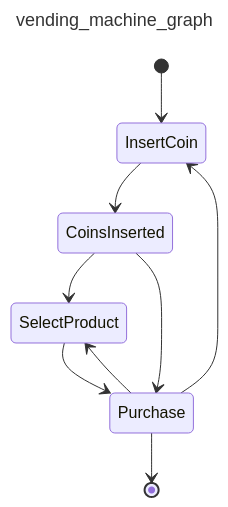
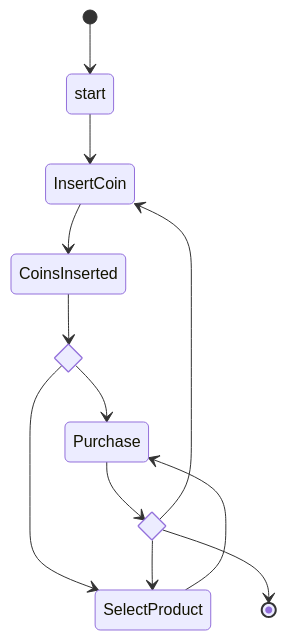
The second of 3 diagrams in ai_agent_frameworks/specialized_agent_frameworks/pydantic-ai/docs/graph.md (HIDORAKAI002/ai-workspace-archive), drawn with Mermaid before and after one commit. The commit also changed other lines of this file and 2257 other files, not shown here.

````diff
--- a/ai_agent_frameworks/specialized_agent_frameworks/pydantic-ai/docs/graph.md
+++ b/ai_agent_frameworks/specialized_agent_frameworks/pydantic-ai/docs/graph.md
@@ -319,14 +334,22 @@
 ```mermaid
----
-title: vending_machine_graph
----
 stateDiagram-v2
-  [*] --> InsertCoin
+  start
+  InsertCoin
+  CoinsInserted
+  state decision <<choice>>
+  Purchase
+  SelectProduct
+  state decision_2 <<choice>>
+
+  [*] --> start
+  start --> InsertCoin
   InsertCoin --> CoinsInserted
-  CoinsInserted --> SelectProduct
-  CoinsInserted --> Purchase
+  CoinsInserted --> decision
+  decision --> Purchase
+  decision --> SelectProduct
   SelectProduct --> Purchase
-  Purchase --> InsertCoin
-  Purchase --> SelectProduct
-  Purchase --> [*]
+  Purchase --> decision_2
+  decision_2 --> InsertCoin
+  decision_2 --> SelectProduct
+  decision_2 --> [*]
 ```
````
